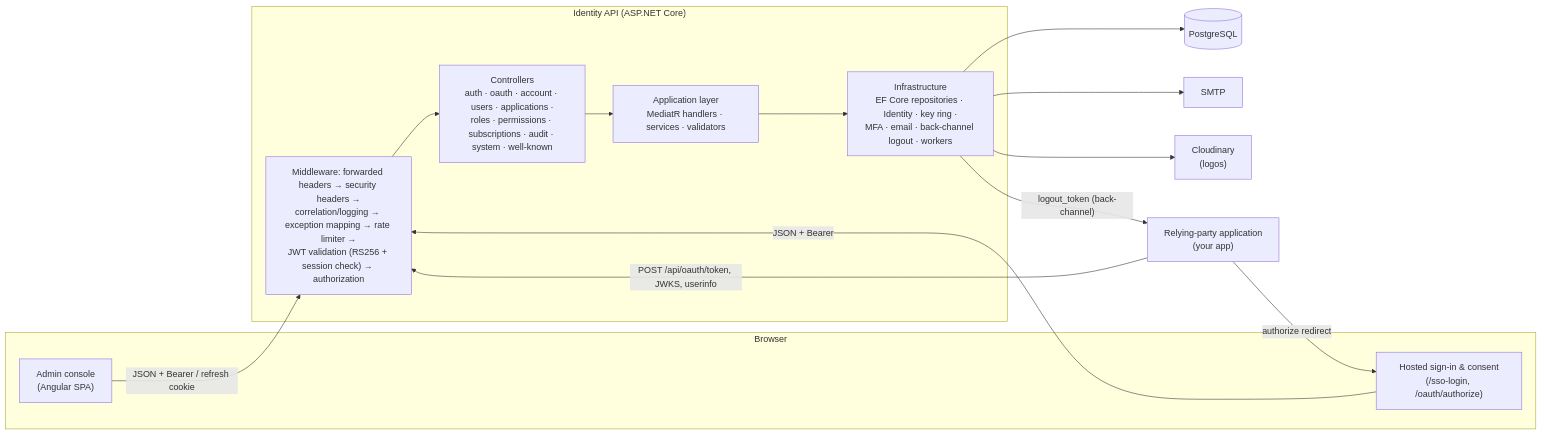
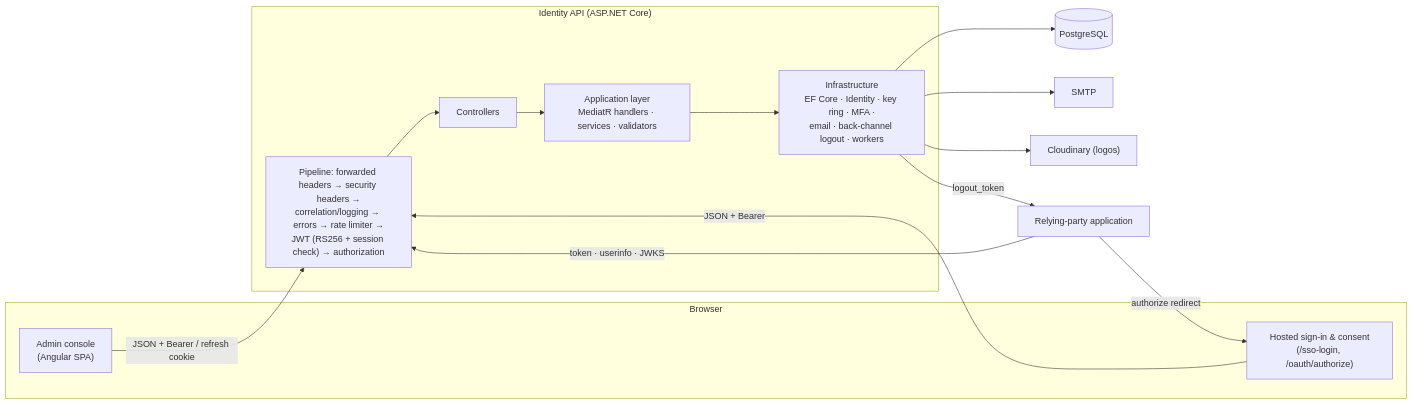
The first of 4 diagrams in README.md (vanquan3008/user-manager), drawn with Mermaid before and after one commit. The commit also changed other lines of this file and 9 other files, not shown here.

````diff
--- a/README.md
+++ b/README.md
@@ -94,27 +168,27 @@
 ```mermaid
 flowchart LR
     subgraph Browser
         Console["Admin console<br/>(Angular SPA)"]
         Hosted["Hosted sign-in & consent<br/>(/sso-login, /oauth/authorize)"]
     end
-    RP["Relying-party application<br/>(your app)"]
+    RP["Relying-party application"]
 
     subgraph API["Identity API (ASP.NET Core)"]
-        MW["Middleware: forwarded headers → security headers →<br/>correlation/logging → exception mapping → rate limiter →<br/>JWT validation (RS256 + session check) → authorization"]
-        C["Controllers<br/>auth · oauth · account · users · applications ·<br/>roles · permissions · subscriptions · audit · system · well-known"]
+        MW["Pipeline: forwarded headers → security headers →<br/>correlation/logging → errors → rate limiter →<br/>JWT (RS256 + session check) → authorization"]
+        C["Controllers"]
         App["Application layer<br/>MediatR handlers · services · validators"]
-        Infra["Infrastructure<br/>EF Core repositories · Identity · key ring ·<br/>MFA · email · back-channel logout · workers"]
+        Infra["Infrastructure<br/>EF Core · Identity · key ring · MFA ·<br/>email · back-channel logout · workers"]
     end
     DB[("PostgreSQL")]
     SMTP["SMTP"]
-    CDN["Cloudinary<br/>(logos)"]
+    CDN["Cloudinary (logos)"]
 
     Console -- "JSON + Bearer / refresh cookie" --> MW
     Hosted -- "JSON + Bearer" --> MW
     RP -- "authorize redirect" --> Hosted
-    RP -- "POST /api/oauth/token, JWKS, userinfo" --> MW
+    RP -- "token · userinfo · JWKS" --> MW
     MW --> C --> App --> Infra --> DB
     Infra --> SMTP
     Infra --> CDN
-    Infra -- "logout_token (back-channel)" --> RP
+    Infra -- "logout_token" --> RP
 ```
````
